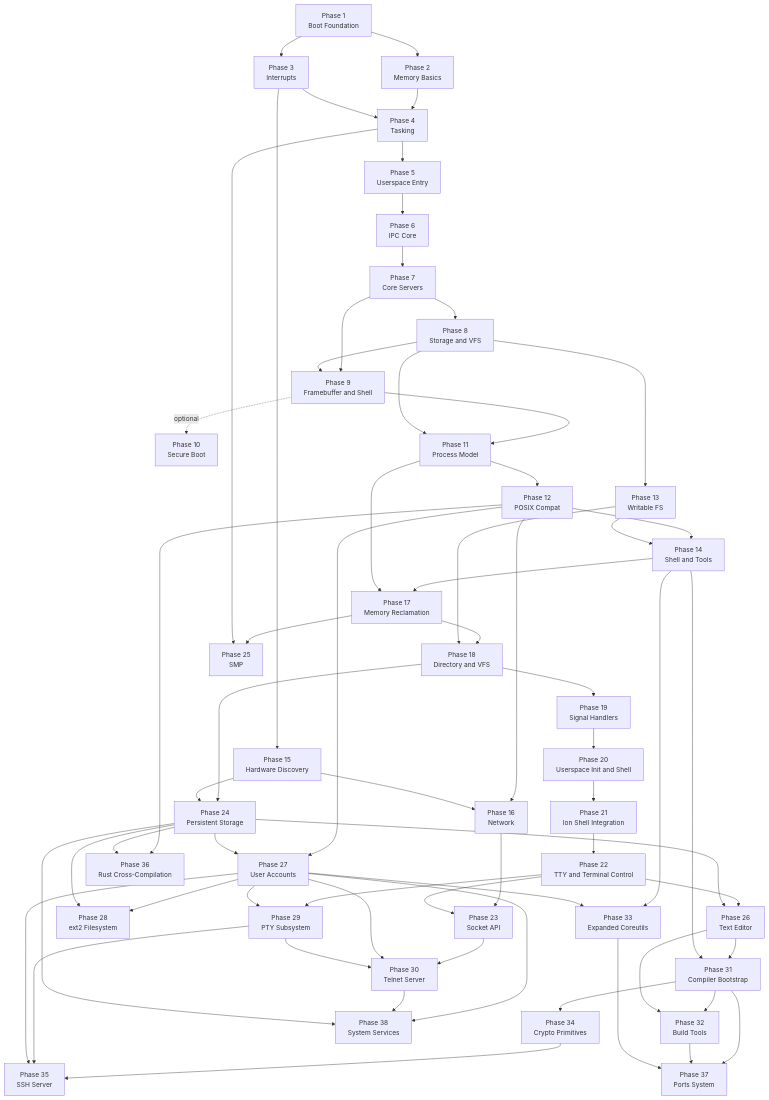
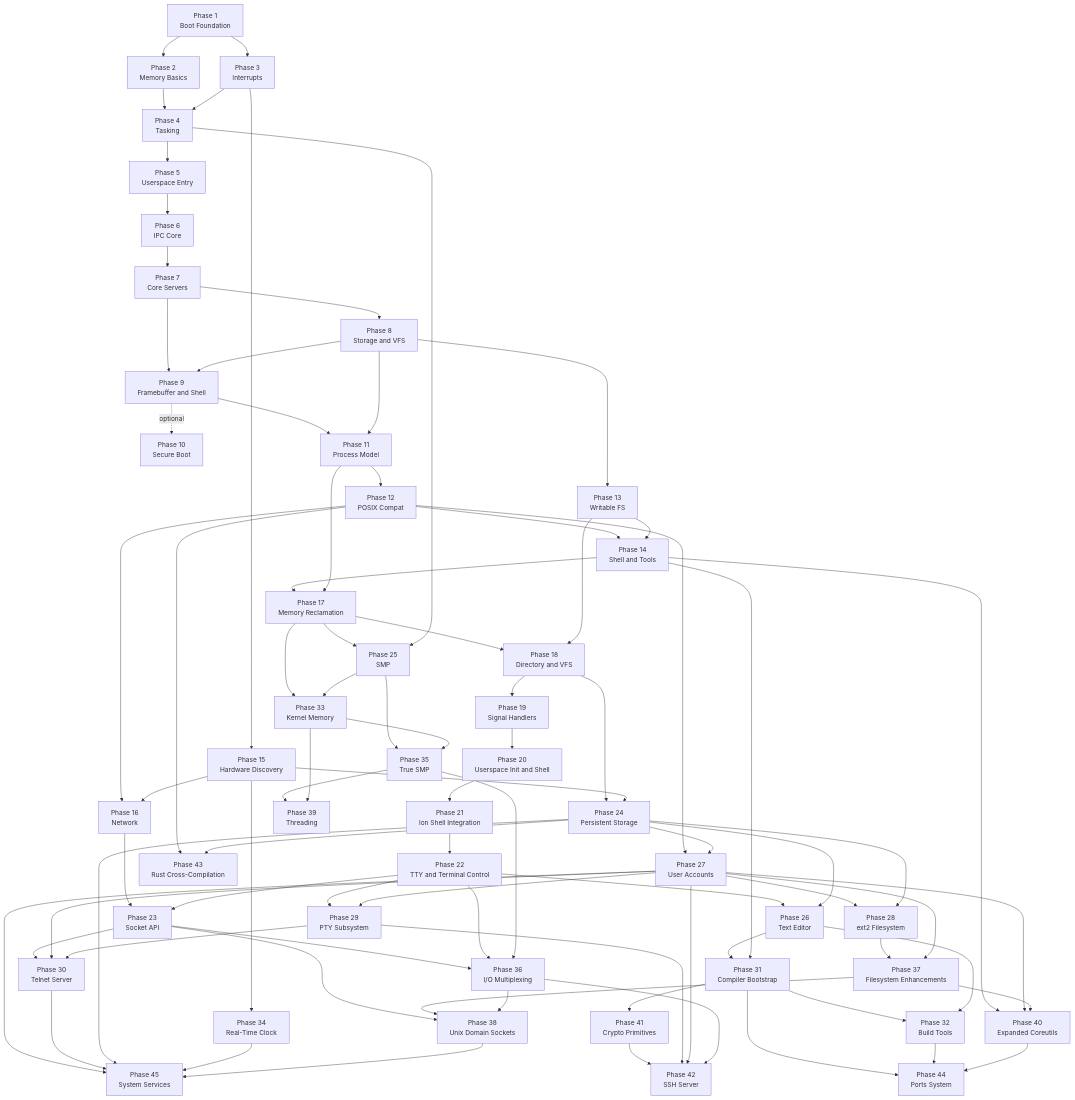
The first of 2 diagrams in docs/roadmap/README.md (mikecubed/m3OS), drawn with Mermaid before and after one commit. The commit also changed other lines of this file and 20 other files, not shown here.

Commit message:
docs: add kernel infrastructure phases 33-39 to roadmap (#56)

````diff
--- a/docs/roadmap/README.md
+++ b/docs/roadmap/README.md
@@ -89,18 +89,41 @@
     P14 --> P31
     P31 --> P32["Phase 32<br/>Build Tools"]
     P26 --> P32
-    P14 --> P33["Phase 33<br/>Expanded Coreutils"]
-    P27 --> P33
-    P31 --> P34["Phase 34<br/>Crypto Primitives"]
-    P34 --> P35["Phase 35<br/>SSH Server"]
-    P29 --> P35
-    P27 --> P35
-    P12 --> P36["Phase 36<br/>Rust Cross-Compilation"]
-    P24 --> P36
-    P31 --> P37["Phase 37<br/>Ports System"]
-    P32 --> P37
-    P33 --> P37
-    P27 --> P38["Phase 38<br/>System Services"]
-    P30 --> P38
-    P24 --> P38
+
+    %% Kernel infrastructure phases
+    P17 --> P33["Phase 33<br/>Kernel Memory"]
+    P25 --> P33
+    P15 --> P34["Phase 34<br/>Real-Time Clock"]
+    P25 --> P35["Phase 35<br/>True SMP"]
+    P33 --> P35
+    P23 --> P36["Phase 36<br/>I/O Multiplexing"]
+    P22 --> P36
+    P35 --> P36
+    P28 --> P37["Phase 37<br/>Filesystem Enhancements"]
+    P27 --> P37
+    P23 --> P38["Phase 38<br/>Unix Domain Sockets"]
+    P37 --> P38
+    P36 --> P38
+    P35 --> P39["Phase 39<br/>Threading"]
+    P33 --> P39
+
+    %% Application phases
+    P14 --> P40["Phase 40<br/>Expanded Coreutils"]
+    P27 --> P40
+    P37 --> P40
+    P31 --> P41["Phase 41<br/>Crypto Primitives"]
+    P41 --> P42["Phase 42<br/>SSH Server"]
+    P29 --> P42
+    P27 --> P42
+    P36 --> P42
+    P12 --> P43["Phase 43<br/>Rust Cross-Compilation"]
+    P24 --> P43
+    P31 --> P44["Phase 44<br/>Ports System"]
+    P32 --> P44
+    P40 --> P44
+    P27 --> P45["Phase 45<br/>System Services"]
+    P30 --> P45
+    P24 --> P45
+    P34 --> P45
+    P38 --> P45
 ```
````
